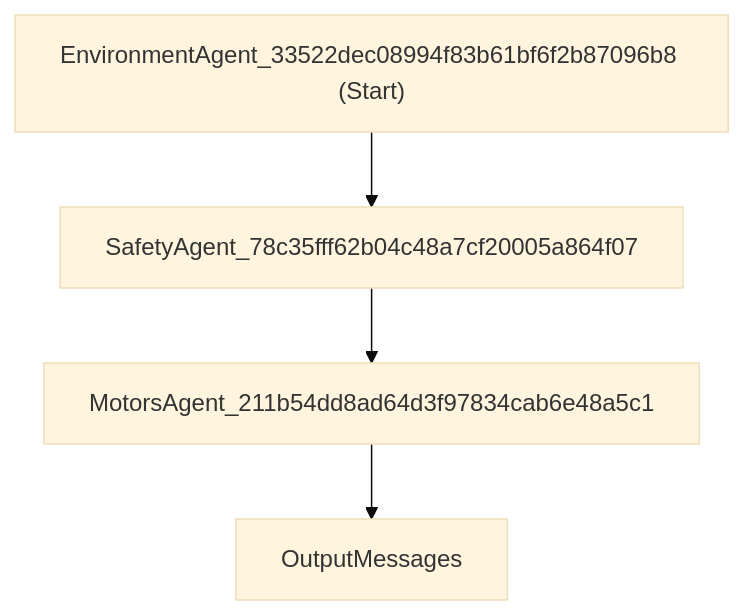
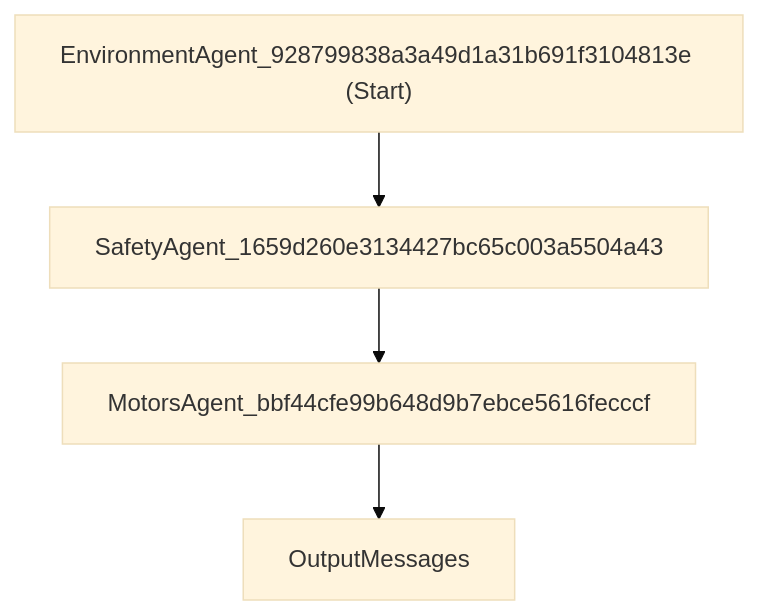
Before and after one commit to dcostea/AgentFrameworkBook: the diagram in 12.AgentsOrchestration/SequentialOrchestration/workflow.md, drawn with Mermaid (base theme). The commit also changed 96 other files, not shown here.

````diff
--- a/12.AgentsOrchestration/SequentialOrchestration/workflow.md
+++ b/12.AgentsOrchestration/SequentialOrchestration/workflow.md
@@ -3,10 +3,10 @@
 ```mermaid
 flowchart TD
-  EnvironmentAgent_33522dec08994f83b61bf6f2b87096b8["EnvironmentAgent_33522dec08994f83b61bf6f2b87096b8 (Start)"];
-  SafetyAgent_78c35fff62b04c48a7cf20005a864f07["SafetyAgent_78c35fff62b04c48a7cf20005a864f07"];
-  MotorsAgent_211b54dd8ad64d3f97834cab6e48a5c1["MotorsAgent_211b54dd8ad64d3f97834cab6e48a5c1"];
+  EnvironmentAgent_928799838a3a49d1a31b691f3104813e["EnvironmentAgent_928799838a3a49d1a31b691f3104813e (Start)"];
+  SafetyAgent_1659d260e3134427bc65c003a5504a43["SafetyAgent_1659d260e3134427bc65c003a5504a43"];
+  MotorsAgent_bbf44cfe99b648d9b7ebce5616fecccf["MotorsAgent_bbf44cfe99b648d9b7ebce5616fecccf"];
   OutputMessages["OutputMessages"];
-  EnvironmentAgent_33522dec08994f83b61bf6f2b87096b8 --> SafetyAgent_78c35fff62b04c48a7cf20005a864f07;
-  SafetyAgent_78c35fff62b04c48a7cf20005a864f07 --> MotorsAgent_211b54dd8ad64d3f97834cab6e48a5c1;
-  MotorsAgent_211b54dd8ad64d3f97834cab6e48a5c1 --> OutputMessages;
+  EnvironmentAgent_928799838a3a49d1a31b691f3104813e --> SafetyAgent_1659d260e3134427bc65c003a5504a43;
+  SafetyAgent_1659d260e3134427bc65c003a5504a43 --> MotorsAgent_bbf44cfe99b648d9b7ebce5616fecccf;
+  MotorsAgent_bbf44cfe99b648d9b7ebce5616fecccf --> OutputMessages;
 ```
````
